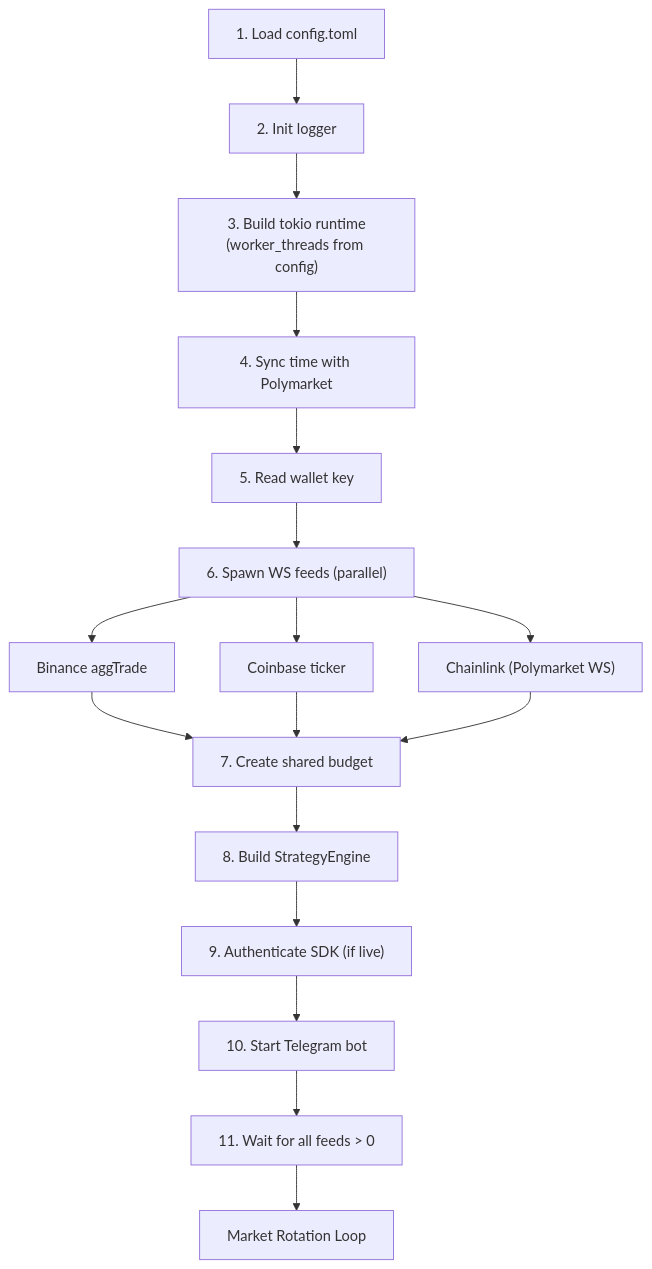
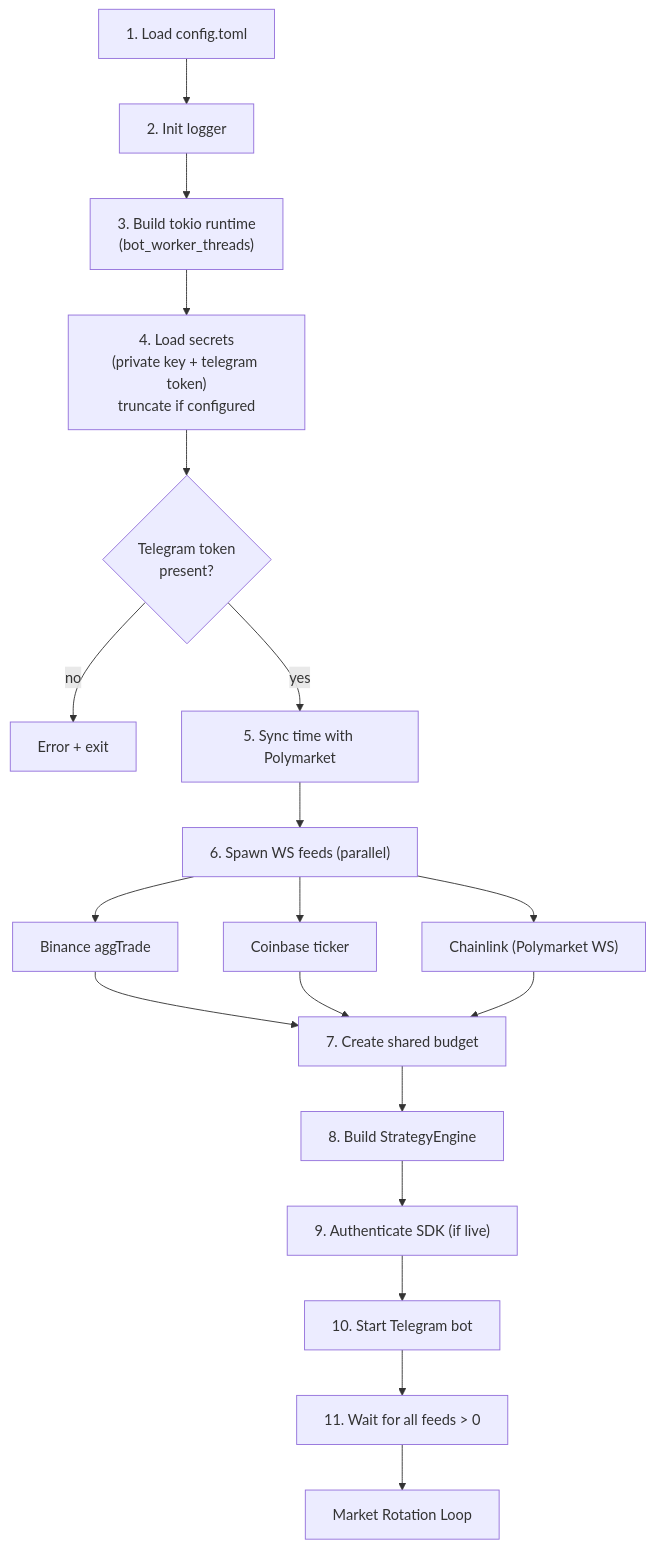
Before and after one commit to bbono/serekes: the first of 3 diagrams in docs/WORKFLOW.md, drawn with Mermaid. The commit also changed other lines of this file and 1 other file, not shown here.

````diff
--- a/docs/WORKFLOW.md
+++ b/docs/WORKFLOW.md
@@ -20,17 +23,19 @@
 ```mermaid
 flowchart TD
     A["1. Load config.toml"] --> B["2. Init logger"]
-    B --> C["3. Build tokio runtime<br/>(worker_threads from config)"]
-    C --> D["4. Sync time with Polymarket"]
-    D --> E["5. Read wallet key"]
+    B --> C["3. Build tokio runtime<br/>(bot_worker_threads)"]
+    C --> D["4. Load secrets<br/>(private key + telegram token)<br/>truncate if configured"]
+    D --> D2{"Telegram token<br/>present?"}
+    D2 -->|no| EXIT["Error + exit"]
+    D2 -->|yes| E["5. Sync time with Polymarket"]
     E --> F["6. Spawn WS feeds (parallel)"]
     F --> F1["Binance aggTrade"]
     F --> F2["Coinbase ticker"]
     F --> F3["Chainlink (Polymarket WS)"]
     F1 & F2 & F3 --> G["7. Create shared budget"]
     G --> H["8. Build StrategyEngine"]
     H --> I["9. Authenticate SDK (if live)"]
     I --> I2["10. Start Telegram bot"]
     I2 --> J["11. Wait for all feeds > 0"]
     J --> K["Market Rotation Loop"]
 ```
````
